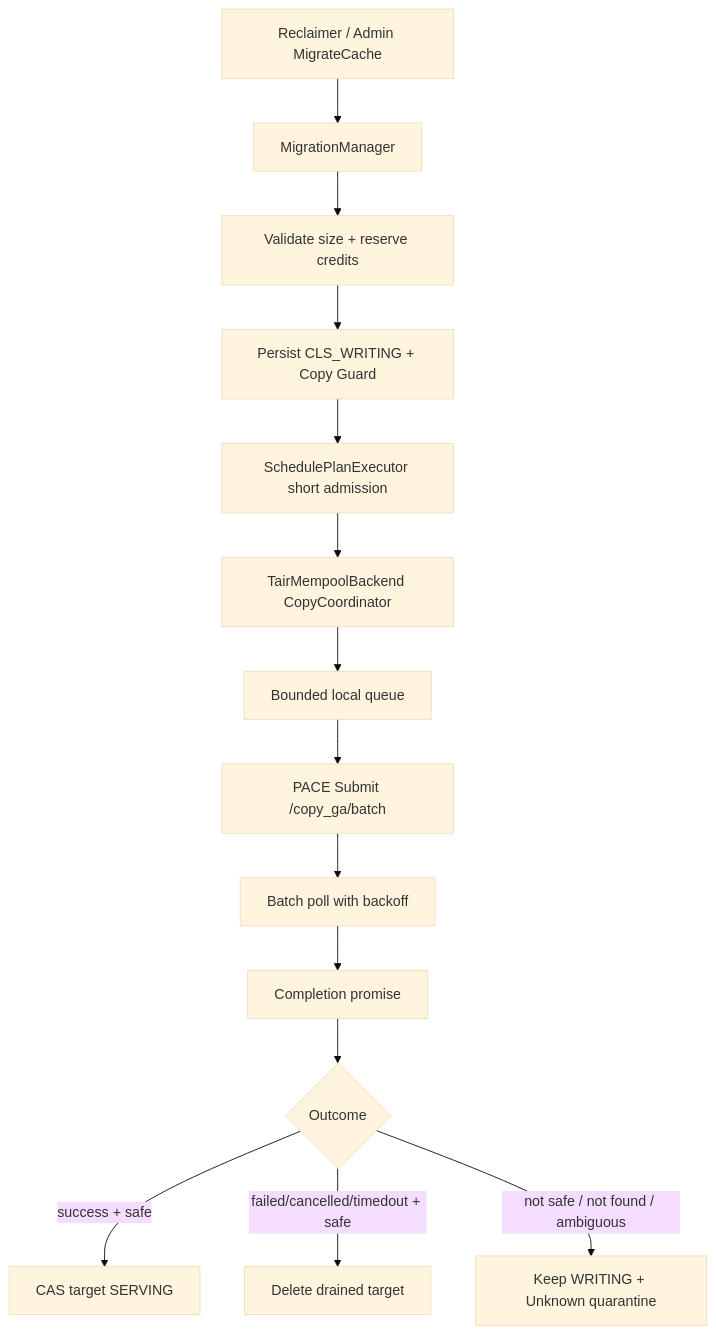
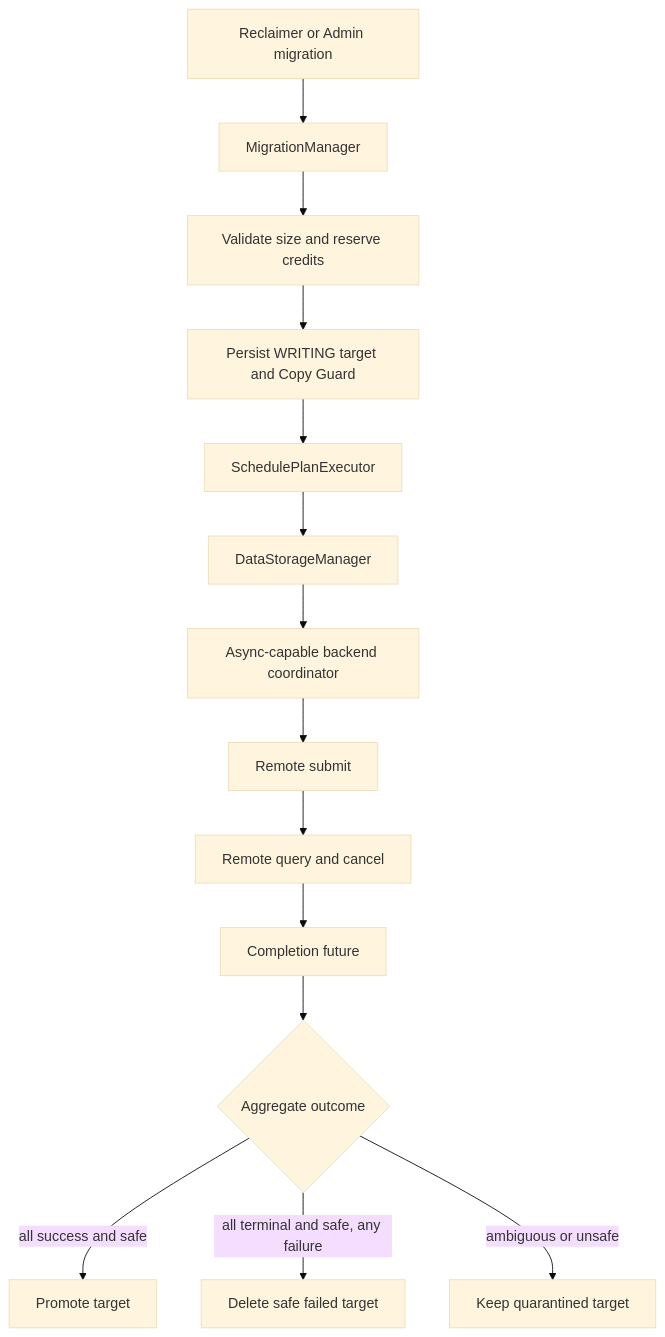
Before and after one commit to alibaba/tair-kvcache: the first of 2 diagrams in docs/design/async_copyga.md, drawn with Mermaid (base theme). The commit also changed other lines of this file and 9 other files, not shown here.

Commit message:
[config] add bounded async CopyGA HTTP timeouts

````diff
--- a/docs/design/async_copyga.md
+++ b/docs/design/async_copyga.md
@@ -646,22 +159,23 @@
 ```mermaid
 flowchart TD
-    R[Reclaimer / Admin MigrateCache]
+    R[Reclaimer or Admin migration]
     M[MigrationManager]
-    A[Validate size + reserve credits]
-    G[Persist CLS_WRITING + Copy Guard]
-    E[SchedulePlanExecutor short admission]
-    B[TairMempoolBackend CopyCoordinator]
-    Q[Bounded local queue]
-    S[PACE Submit /copy_ga/batch]
-    P[Batch poll with backoff]
-    C[Completion promise]
-    O{Outcome}
-    V[CAS target SERVING]
-    D[Delete drained target]
-    U[Keep WRITING + Unknown quarantine]
+    A[Validate size and reserve credits]
+    G[Persist WRITING target and Copy Guard]
+    E[SchedulePlanExecutor]
+    D[DataStorageManager]
+    B[Async-capable backend coordinator]
+    S[Remote submit]
+    Q[Remote query and cancel]
+    F[Completion future]
+    O{Aggregate outcome}
+    P[Promote target]
+    C[Delete safe failed target]
+    U[Keep quarantined target]
 
-    R --> M --> A --> G --> E --> B --> Q --> S --> P --> C --> O
-    O -->|success + safe| V
-    O -->|failed/cancelled/timedout + safe| D
-    O -->|not safe / not found / ambiguous| U
+    R --> M --> A --> G --> E --> D --> B
+    B --> S --> Q --> F --> O
+    O -->|all success and safe| P
+    O -->|all terminal and safe, any failure| C
+    O -->|ambiguous or unsafe| U
 ```
````
